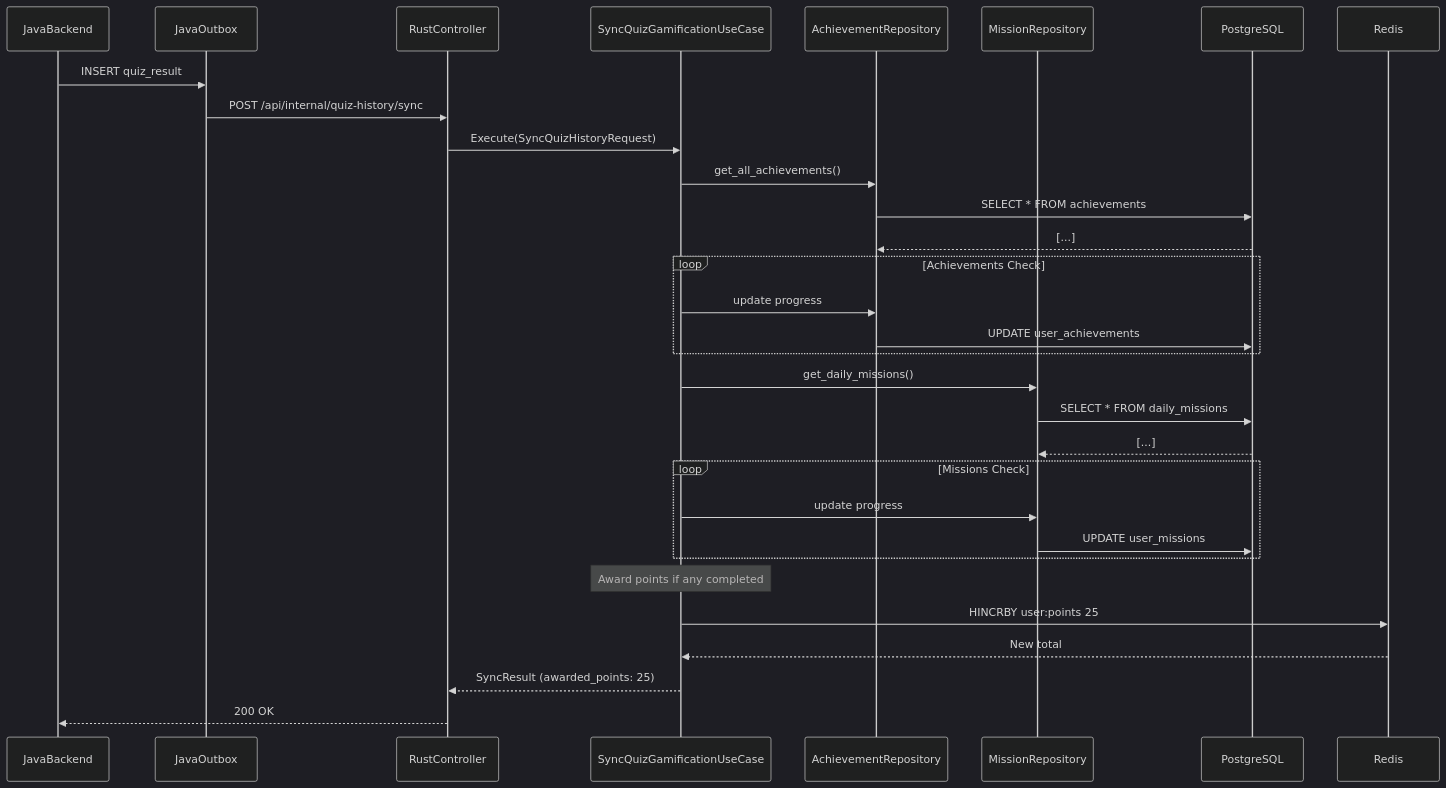
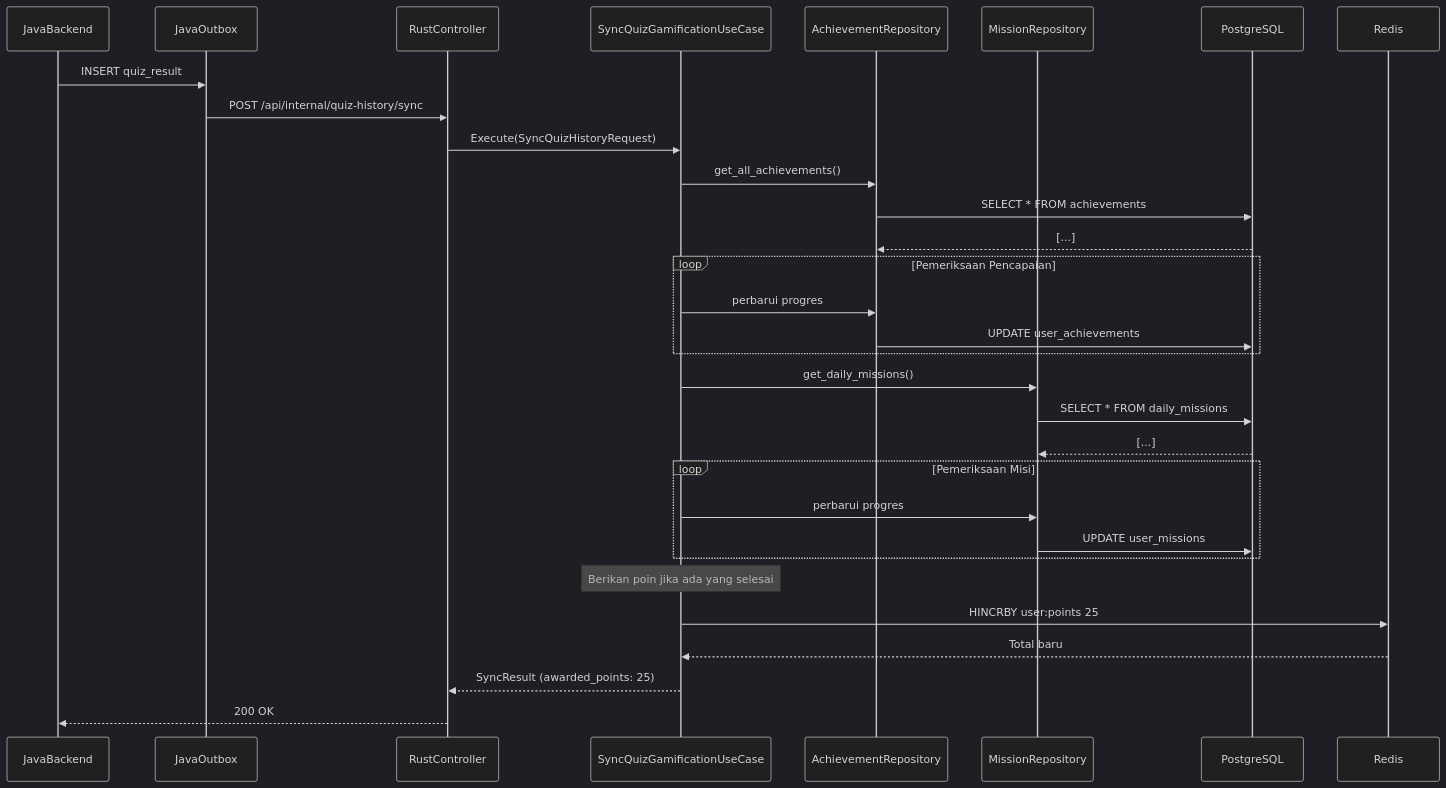
The diagram in content/docs/backend-rust/gamification.mdx (advprog-2026-A14-project/yomu-docs), drawn with Mermaid (dark theme) before and after one commit. The commit also changed other lines of this file and 30 other files, not shown here.

````diff
--- a/content/docs/backend-rust/gamification.mdx
+++ b/content/docs/backend-rust/gamification.mdx
@@ -123,41 +123,41 @@
 ```mermaid
 sequenceDiagram
     participant JavaBackend
     participant JavaOutbox
     participant RustController
     participant SyncQuizGamificationUseCase
     participant AchievementRepository
     participant MissionRepository
     participant PostgreSQL
     participant Redis
 
     JavaBackend->>JavaOutbox: INSERT quiz_result
     JavaOutbox->>RustController: POST /api/internal/quiz-history/sync
     
     RustController->>SyncQuizGamificationUseCase: Execute(SyncQuizHistoryRequest)
     
     SyncQuizGamificationUseCase->>AchievementRepository: get_all_achievements()
     AchievementRepository->>PostgreSQL: SELECT * FROM achievements
     PostgreSQL-->>AchievementRepository: [...]
     
-    loop Achievements Check
-        SyncQuizGamificationUseCase->>AchievementRepository: update progress
+    loop Pemeriksaan Pencapaian
+        SyncQuizGamificationUseCase->>AchievementRepository: perbarui progres
         AchievementRepository->>PostgreSQL: UPDATE user_achievements
     end
     
     SyncQuizGamificationUseCase->>MissionRepository: get_daily_missions()
     MissionRepository->>PostgreSQL: SELECT * FROM daily_missions
     PostgreSQL-->>MissionRepository: [...]
     
-    loop Missions Check
-        SyncQuizGamificationUseCase->>MissionRepository: update progress
+    loop Pemeriksaan Misi
+        SyncQuizGamificationUseCase->>MissionRepository: perbarui progres
         MissionRepository->>PostgreSQL: UPDATE user_missions
     end
     
-    Note over SyncQuizGamificationUseCase: Award points if any completed
+    Note over SyncQuizGamificationUseCase: Berikan poin jika ada yang selesai
     SyncQuizGamificationUseCase->>Redis: HINCRBY user:points 25
-    Redis-->>SyncQuizGamificationUseCase: New total
+    Redis-->>SyncQuizGamificationUseCase: Total baru
     
     SyncQuizGamificationUseCase-->>RustController: SyncResult (awarded_points: 25)
     RustController-->>JavaBackend: 200 OK
 ```
````
